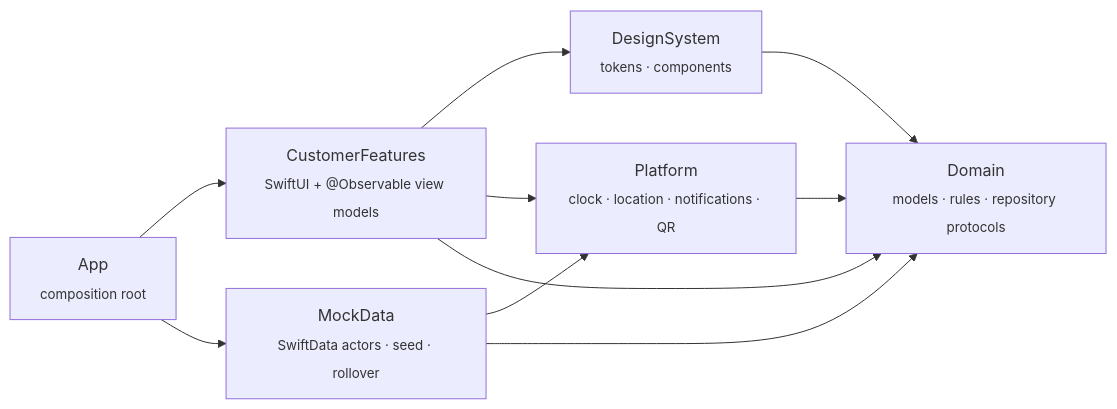
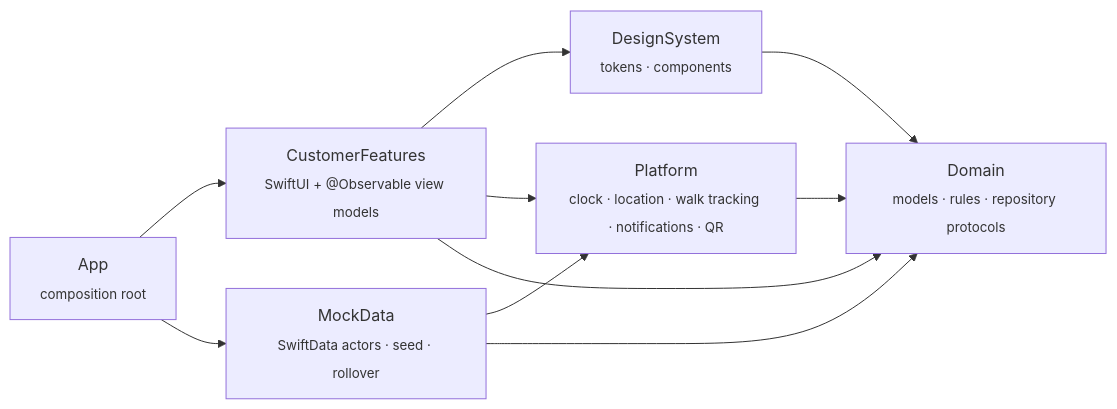
The diagram in README.md (JianTing-Li/walk-and-take), drawn with Mermaid before and after one commit. The commit also changed other lines of this file and 10 other files, not shown here.

Commit message:
Docs: walking rewards in README and ARCHITECTURE, new screenshots and GIFs

````diff
--- a/README.md
+++ b/README.md
@@ -45,12 +55,12 @@
 ```mermaid
 flowchart LR
     App["App<br/><sub>composition root</sub>"] --> Features["CustomerFeatures<br/><sub>SwiftUI + @Observable view models</sub>"]
     App --> Data["MockData<br/><sub>SwiftData actors · seed · rollover</sub>"]
     Features --> Design["DesignSystem<br/><sub>tokens · components</sub>"]
-    Features --> Platform["Platform<br/><sub>clock · location · notifications · QR</sub>"]
+    Features --> Platform["Platform<br/><sub>clock · location · walk tracking · notifications · QR</sub>"]
     Data --> Platform
     Features --> Domain["Domain<br/><sub>models · rules · repository protocols</sub>"]
     Data --> Domain
     Platform --> Domain
     Design --> Domain
 ```
````
